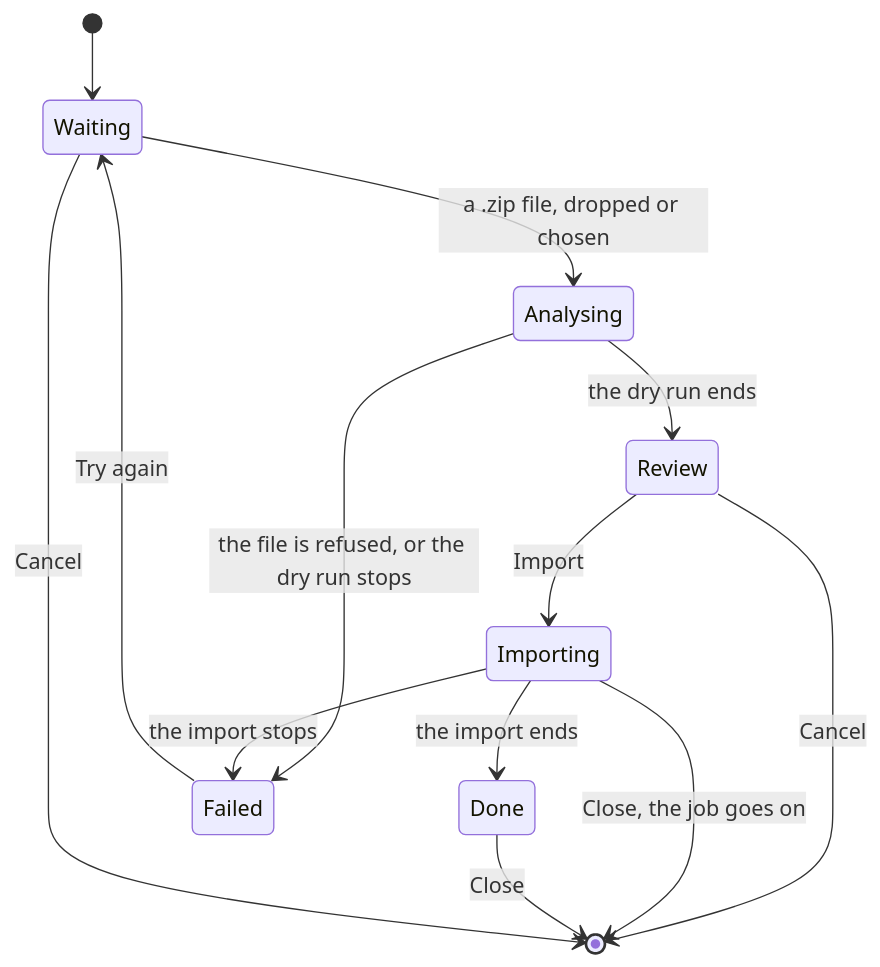
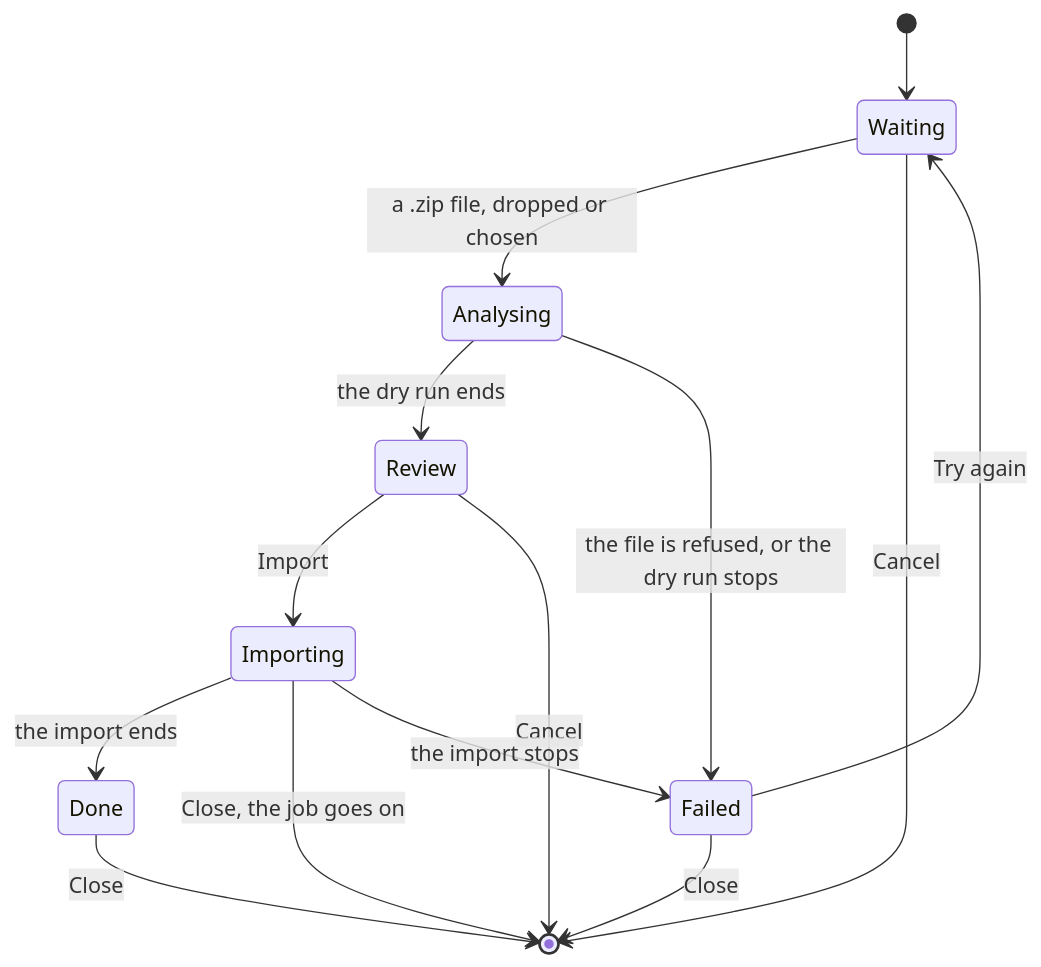
Before and after one commit to Jahia/formidable: the second of 3 diagrams in docs/architecture/forms-import.md, drawn with Mermaid. The commit also changed other lines of this file, not shown here.

````diff
--- a/docs/architecture/forms-import.md
+++ b/docs/architecture/forms-import.md
@@ -433,15 +439,16 @@
 ```mermaid
 stateDiagram-v2
     [*] --> Waiting
     Waiting --> Analysing: a .zip file, dropped or chosen
     Analysing --> Review: the dry run ends
     Review --> Importing: Import
     Review --> [*]: Cancel
     Importing --> Done: the import ends
     Importing --> [*]: Close, the job goes on
     Analysing --> Failed: the file is refused, or the dry run stops
     Importing --> Failed: the import stops
     Failed --> Waiting: Try again
+    Failed --> [*]: Close
     Done --> [*]: Close
     Waiting --> [*]: Cancel
 ```
````
